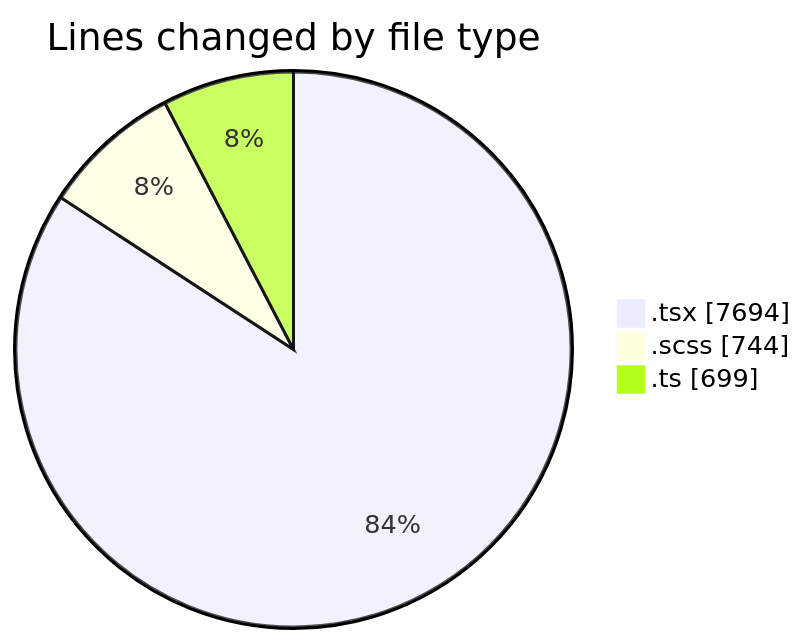
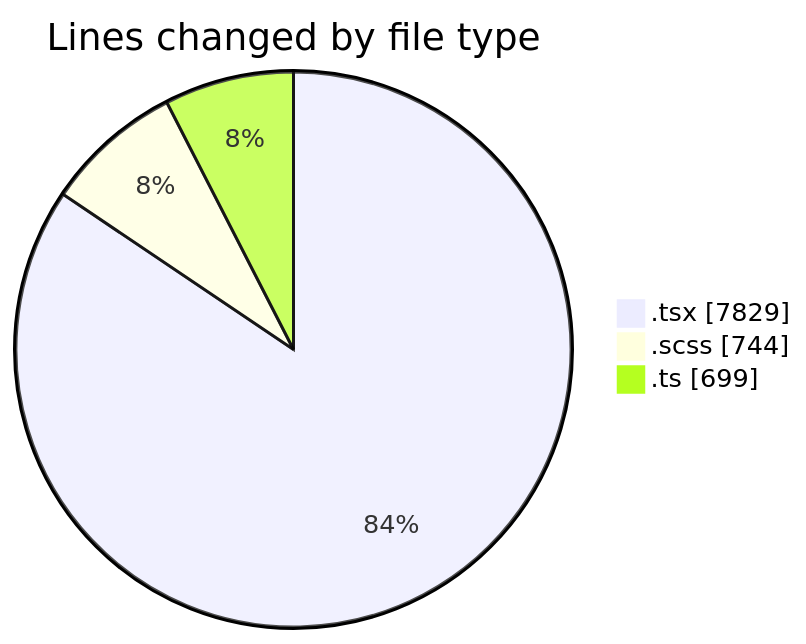
The first of 2 diagrams in 2025-07-03/cda/README.md (momahboobian/code-tracking), drawn with Mermaid before and after one commit. The commit also changed other lines of this file and 1 other file, not shown here.

````diff
--- a/2025-07-03/cda/README.md
+++ b/2025-07-03/cda/README.md
@@ -48,7 +49,7 @@
 ```mermaid
 pie showData
 title Lines changed by file type
-".tsx" : 7694
+".tsx" : 7829
 ".scss" : 744
 ".ts" : 699
 ```
````
